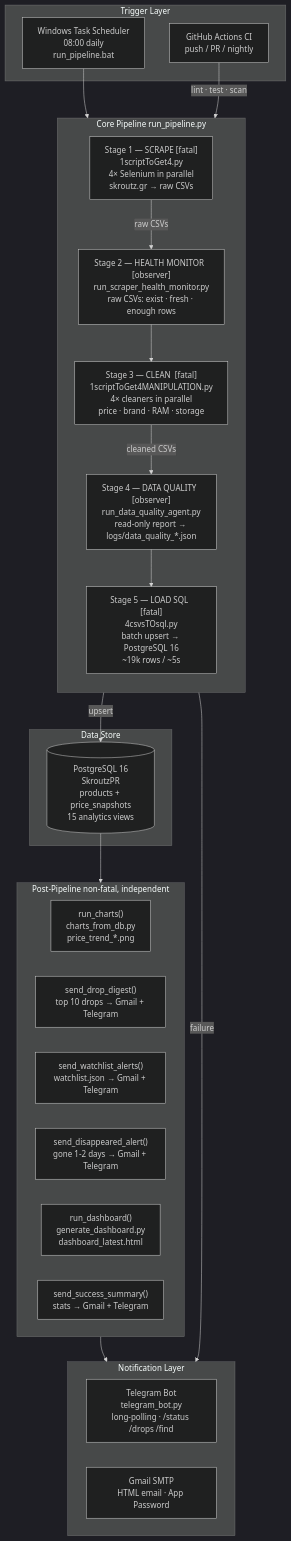
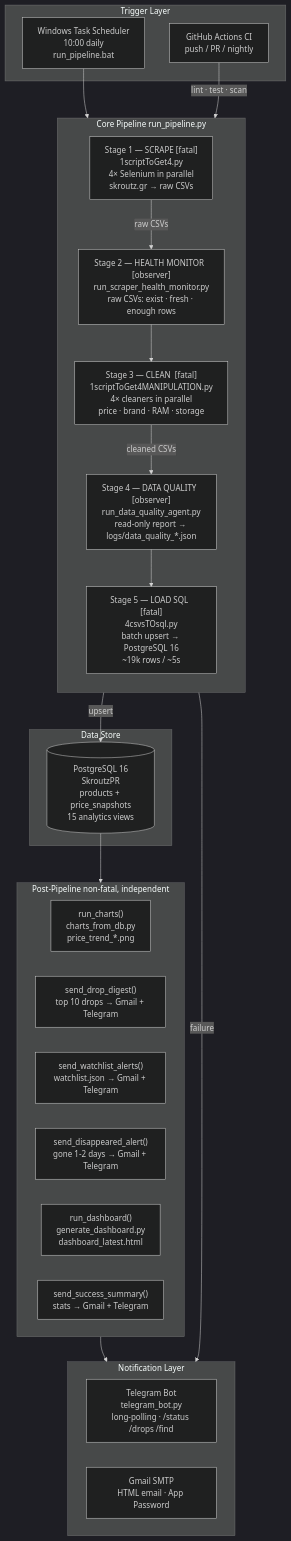
The diagram in PIPELINE.md (StavrosKav/skroutz-data-pipeline), drawn with Mermaid (dark theme) before and after one commit. The commit also changed other lines of this file and 3 other files, not shown here.

````diff
--- a/PIPELINE.md
+++ b/PIPELINE.md
@@ -5,45 +5,45 @@
 ```mermaid
 flowchart TD
     subgraph Trigger["Trigger Layer"]
-        WTS["Windows Task Scheduler\n08:00 daily\nrun_pipeline.bat"]
+        WTS["Windows Task Scheduler\n10:00 daily\nrun_pipeline.bat"]
         GHA["GitHub Actions CI\npush / PR / nightly"]
     end
 
     subgraph Core["Core Pipeline  run_pipeline.py"]
         direction TB
         S1["Stage 1 — SCRAPE  [fatal]\n1scriptToGet4.py\n4× Selenium in parallel\nskroutz.gr → raw CSVs"]
         HM["Stage 2 — HEALTH MONITOR  [observer]\nrun_scraper_health_monitor.py\nraw CSVs: exist · fresh · enough rows"]
         S2["Stage 3 — CLEAN  [fatal]\n1scriptToGet4MANIPULATION.py\n4× cleaners in parallel\nprice · brand · RAM · storage"]
         DQ["Stage 4 — DATA QUALITY  [observer]\nrun_data_quality_agent.py\nread-only report → logs/data_quality_*.json"]
         S3["Stage 5 — LOAD SQL  [fatal]\n4csvsTOsql.py\nbatch upsert → PostgreSQL 16\n~19k rows / ~5s"]
         S1 -->|raw CSVs| HM
         HM --> S2
         S2 -->|cleaned CSVs| DQ
         DQ --> S3
     end
 
     subgraph Post["Post-Pipeline  non-fatal, independent"]
         CH["run_charts()\ncharts_from_db.py\nprice_trend_*.png"]
         DD["send_drop_digest()\ntop 10 drops → Gmail + Telegram"]
         WL["send_watchlist_alerts()\nwatchlist.json → Gmail + Telegram"]
         DA["send_disappeared_alert()\ngone 1-2 days → Gmail + Telegram"]
         DB["run_dashboard()\ngenerate_dashboard.py\ndashboard_latest.html"]
         OK["send_success_summary()\nstats → Gmail + Telegram"]
     end
 
     subgraph Notify["Notification Layer"]
         TG["Telegram Bot\ntelegram_bot.py\nlong-polling · /status /drops /find"]
         GM["Gmail SMTP\nHTML email · App Password"]
     end
 
     subgraph Store["Data Store"]
         PG[("PostgreSQL 16\nSkroutzPR\nproducts + price_snapshots\n15 analytics views")]
     end
 
     WTS --> Core
     GHA -->|lint · test · scan| Core
     S3 -->|upsert| PG
     PG --> Post
     Post --> Notify
     Core -->|failure| Notify
 ```
````
